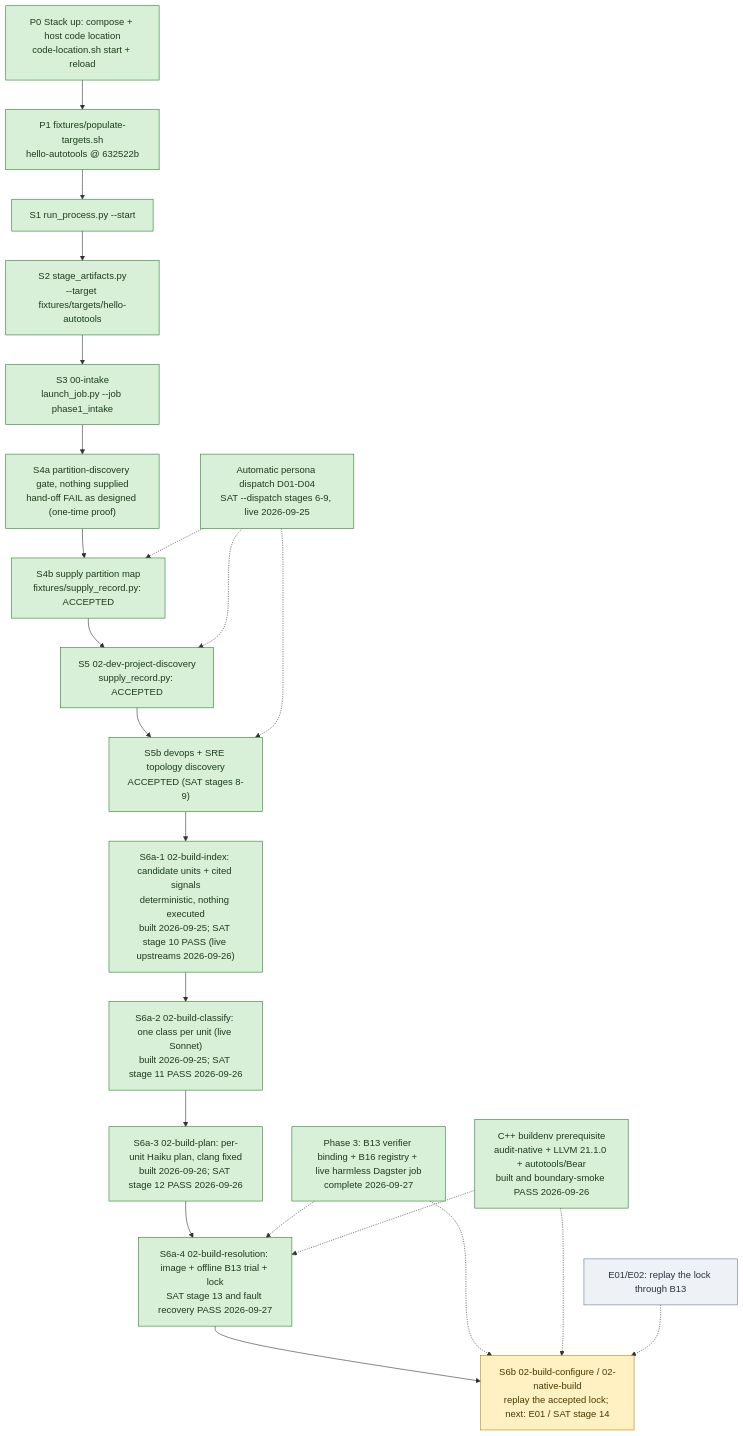
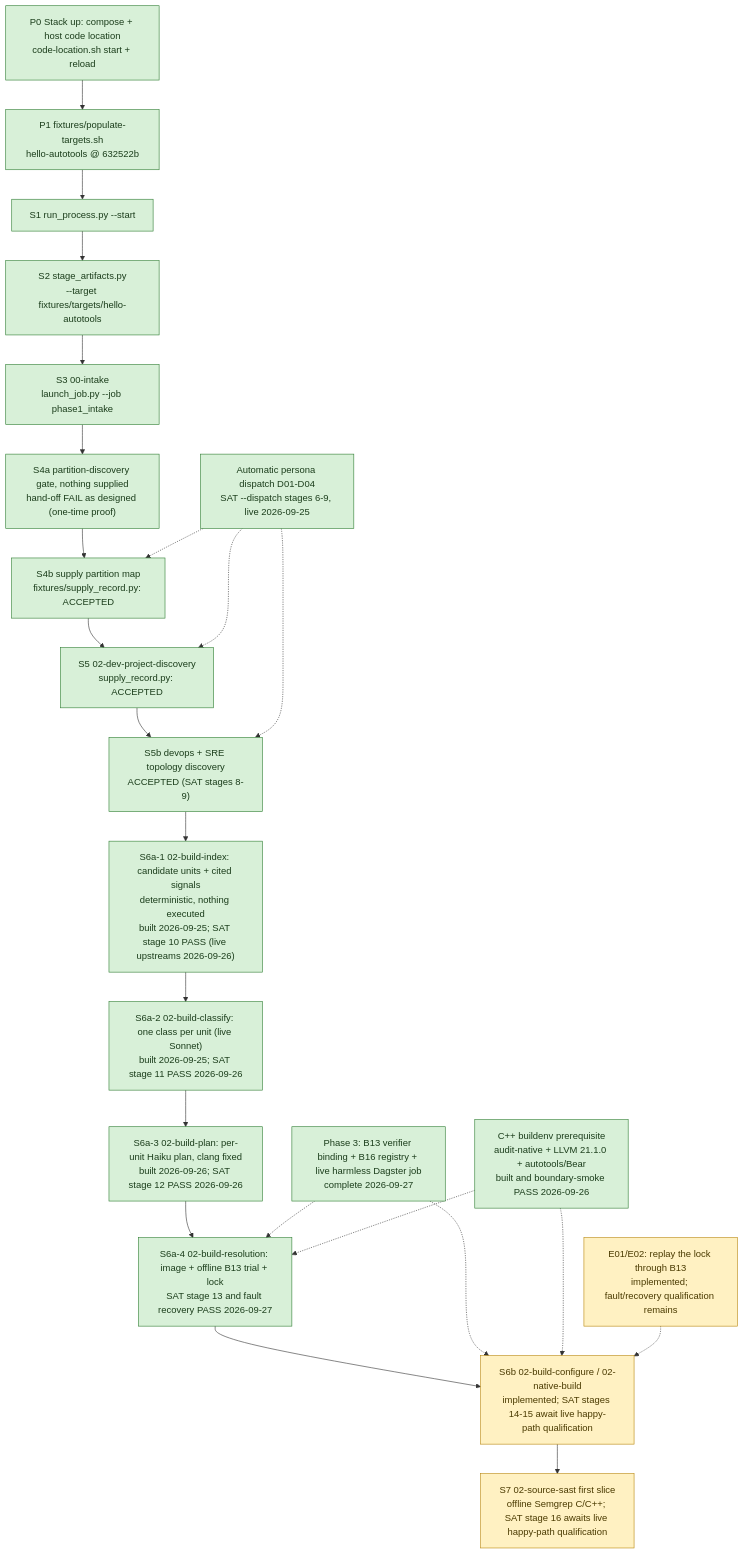
Before and after one commit to wsollers/appsec-review: the diagram in docs/processes/flow-bringup.md, drawn with Mermaid. The commit also changed other lines of this file and 35 other files, not shown here.

Commit message:
Implement happy-path build replay and source SAST stages

````diff
--- a/docs/processes/flow-bringup.md
+++ b/docs/processes/flow-bringup.md
@@ -20,36 +20,37 @@
 ```mermaid
 flowchart TD
   P0["P0 Stack up: compose + host code location<br/>code-location.sh start + reload"]:::done
   P1["P1 fixtures/populate-targets.sh<br/>hello-autotools @ 632522b"]:::done
   S1["S1 run_process.py --start"]:::done
   S2["S2 stage_artifacts.py<br/>--target fixtures/targets/hello-autotools"]:::done
   S3["S3 00-intake<br/>launch_job.py --job phase1_intake"]:::done
   S4a["S4a partition-discovery gate, nothing supplied<br/>hand-off FAIL as designed (one-time proof)"]:::done
   S4b["S4b supply partition map<br/>fixtures/supply_record.py: ACCEPTED"]:::done
   S5["S5 02-dev-project-discovery<br/>supply_record.py: ACCEPTED"]:::done
   S5b["S5b devops + SRE topology discovery<br/>ACCEPTED (SAT stages 8-9)"]:::done
   AD["Automatic persona dispatch D01-D04<br/>SAT --dispatch stages 6-9, live 2026-09-25"]:::done
   S6i["S6a-1 02-build-index: candidate units + cited signals<br/>deterministic, nothing executed<br/>built 2026-09-25; SAT stage 10 PASS (live upstreams 2026-09-26)"]:::done
   S6c["S6a-2 02-build-classify: one class per unit (live Sonnet)<br/>built 2026-09-25; SAT stage 11 PASS 2026-09-26"]:::done
   S6p["S6a-3 02-build-plan: per-unit Haiku plan, clang fixed<br/>built 2026-09-26; SAT stage 12 PASS 2026-09-26"]:::done
   S6a["S6a-4 02-build-resolution: image + offline B13 trial + lock<br/>SAT stage 13 and fault recovery PASS 2026-09-27"]:::done
   CPP["C++ buildenv prerequisite<br/>audit-native + LLVM 21.1.0 + autotools/Bear<br/>built and boundary-smoke PASS 2026-09-26"]:::done
-  S6["S6b 02-build-configure / 02-native-build<br/>replay the accepted lock; next: E01 / SAT stage 14"]:::next
+  S6["S6b 02-build-configure / 02-native-build<br/>implemented; SAT stages 14-15 await live happy-path qualification"]:::next
+  S7["S7 02-source-sast first slice<br/>offline Semgrep C/C++; SAT stage 16 awaits live happy-path qualification"]:::next
   B13["Phase 3: B13 verifier binding + B16 registry + live harmless Dagster job<br/>complete 2026-09-27"]:::done
-  E01["E01/E02: replay the lock through B13"]:::todo
+  E01["E01/E02: replay the lock through B13<br/>implemented; fault/recovery qualification remains"]:::next
 
-  P0 --> P1 --> S1 --> S2 --> S3 --> S4a --> S4b --> S5 --> S5b --> S6i --> S6c --> S6p --> S6a --> S6
+  P0 --> P1 --> S1 --> S2 --> S3 --> S4a --> S4b --> S5 --> S5b --> S6i --> S6c --> S6p --> S6a --> S6 --> S7
   AD -.-> S4b
   AD -.-> S5
   AD -.-> S5b
   B13 -.-> S6a
   B13 -.-> S6
   CPP -.-> S6a
   CPP -.-> S6
   E01 -.-> S6
 
   classDef done fill:#d8f0d8,stroke:#2e7d32,color:#1b3d1b
   classDef next fill:#fff1c2,stroke:#b8860b,color:#4a3a00
   classDef todo fill:#eef1f5,stroke:#6b7a90,color:#2a3240
   classDef blocked fill:#f6dcdc,stroke:#b23b3b,color:#4a1515
 ```
````
